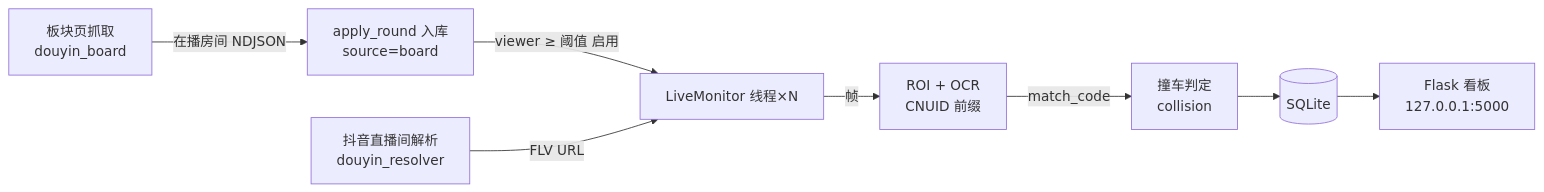
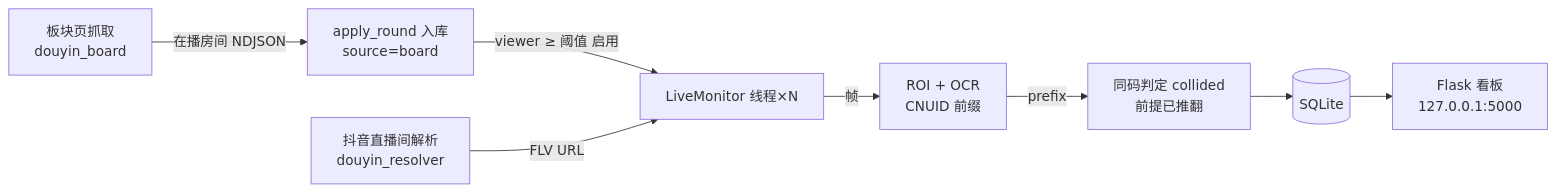
Before and after one commit to Boqiw/DeltaForce_QueueSnipe: the diagram in README.md, drawn with Mermaid. The commit also changed other lines of this file and 1 other file, not shown here.

First line of the commit message:
docs: 修正 prefix 语义并补充看板运行截图

````diff
--- a/README.md
+++ b/README.md
@@ -18,10 +44,10 @@
 ```mermaid
 flowchart LR
     A[板块页抓取<br/>douyin_board] -->|在播房间 NDJSON| B[apply_round 入库<br/>source=board]
     B -->|viewer ≥ 阈值 启用| C[LiveMonitor 线程×N]
     D[抖音直播间解析<br/>douyin_resolver] -->|FLV URL| C
     C -->|帧| E[ROI + OCR<br/>CNUID 前缀]
-    E -->|match_code| F[撞车判定<br/>collision]
+    E -->|prefix| F[同码判定 collided<br/>前提已推翻]
     F --> G[(SQLite)]
     G --> H[Flask 看板<br/>127.0.0.1:5000]
 ```
````
